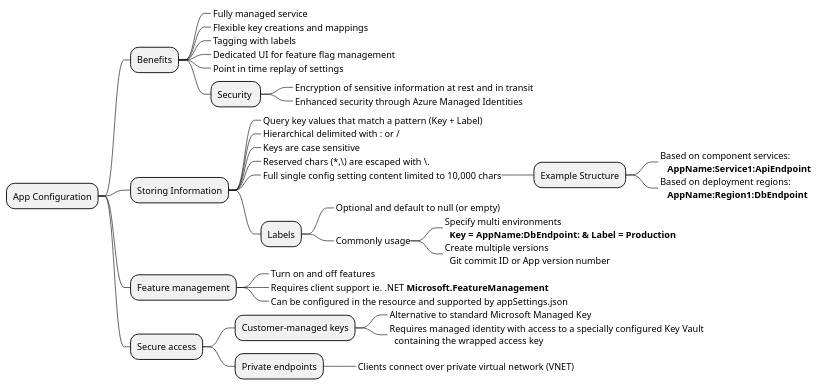
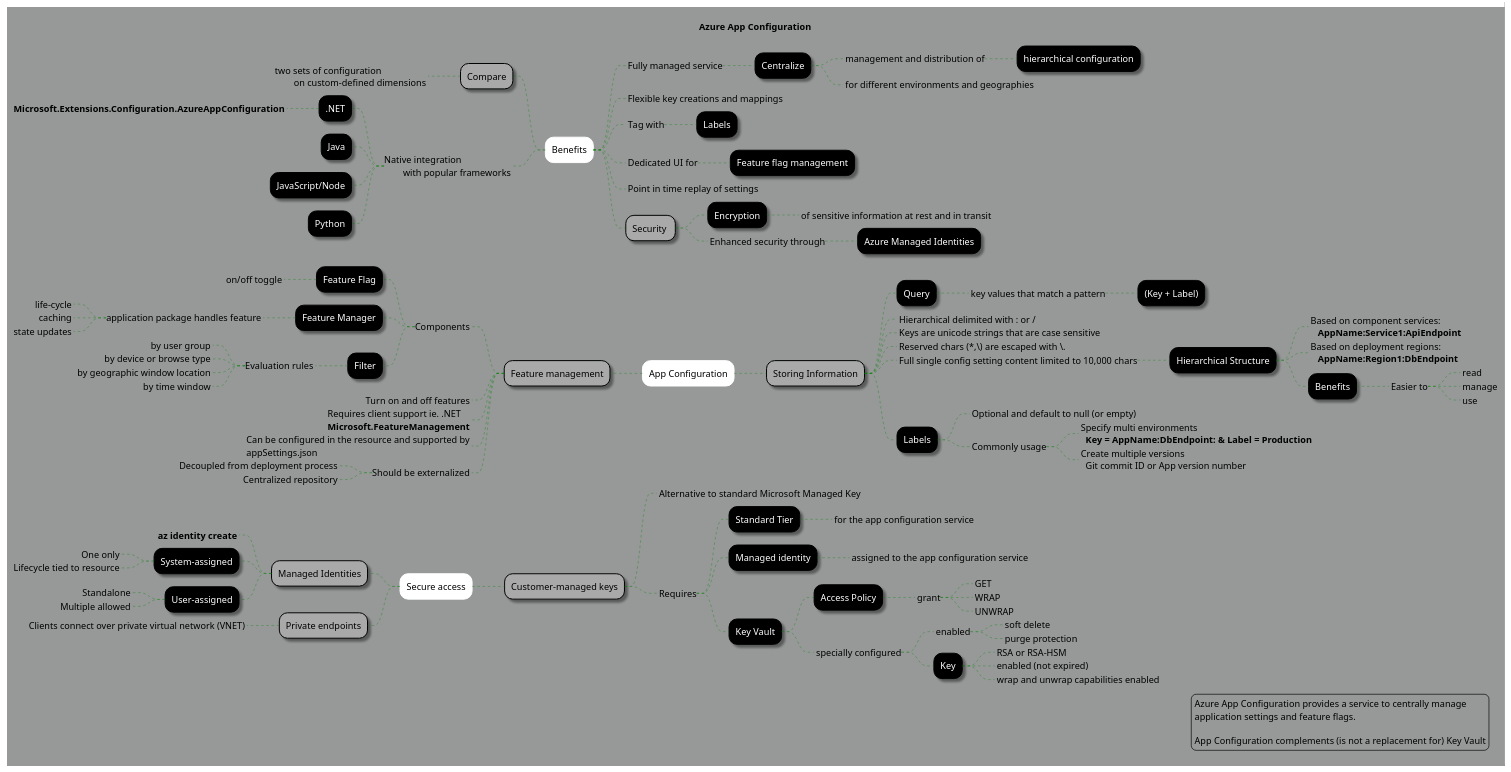
One commit to bobbyache/AZ-204 changed the diagram in 05 - secure-solutions/diagrams/security-app-configuration.plantuml. Above: the diagram before and after it, drawn with PlantUML. The commit also changed 2 other files, not shown here.

Commit message:
Updated app configuration notes

```diff
--- a/05 - secure-solutions/diagrams/security-app-configuration.plantuml
+++ b/05 - secure-solutions/diagrams/security-app-configuration.plantuml
@@ -1,40 +1,180 @@
 @startmindmap "Azure App Configuration"
+
+title Azure App Configuration
+
+' caption .......
+' footer ...
+
+
+' List of available themes:
+' https://plantuml.com/theme
+' !theme sketchy
+'!theme carbon-gray
+'!theme cyborg
+'!theme mars
+' skinparam backgroundColor #e8edec
+
+skinparam backgroundColor #969998
+
+<style>
+    mindMapDiagram {
+        .root {
+            BackgroundColor darkblue
+            LineColor black
+            FontColor white
+        }
+
+        .blue {
+            FontColor darkblue
+        }
+
+
+        node {
+            FontColor white
+            LineColor black
+            BackgroundColor black
+            Shadowing 2.0
+            RoundCorner 25
+        }
+        :depth(0) {
+            FontColor black
+            LineColor white
+            BackgroundColor white
+            Shadowing 0.0
+        }
+        :depth(1) {
+            FontColor black
+            BackgroundColor darkgrey
+            Shadowing 2.0
+        }
+
+        arrow {
+            LineStyle 4
+            LineThickness 0.5
+            LineColor green
+        }
+
+        boxless {
+            FontColor black
+            Margin 10
+            Padding 10
+            MaximumWidth 400
+        }
+    }
+</style>
+
++ Benefits
+++_ Fully managed service
++++ Centralize
+++++_ management and distribution of
++++++ hierarchical configuration
+++++_ for different environments and geographies
+
+++_ Flexible key creations and mappings
+++_ Tag with
++++ Labels
+++_ Dedicated UI for
++++ Feature flag management
+++_ Point in time replay of settings
+++ Security 
++++ Encryption
+++++_ of sensitive information at rest and in transit
++++_ Enhanced security through
+++++ Azure Managed Identities
+-- Compare
+---_ two sets of configuration\n\ton custom-defined dimensions
+--_ Native integration\n\twith popular frameworks
+--- .NET
+----_ **Microsoft.Extensions.Configuration.AzureAppConfiguration**
+--- Java
+--- JavaScript/Node
+--- Python
+
 + App Configuration
 
-++ Benefits
-+++_ Fully managed service
-+++_ Flexible key creations and mappings
-+++_ Tagging with labels
-+++_ Dedicated UI for feature flag management
-+++_ Point in time replay of settings
-+++ Security 
-++++_ Encryption of sensitive information at rest and in transit
-++++_ Enhanced security through Azure Managed Identities
 ++ Storing Information
-+++_ Query key values that match a pattern (Key + Label)
++++ Query
+++++_ key values that match a pattern
++++++ (Key + Label)
 +++_ Hierarchical delimited with : or /
-+++_ Keys are case sensitive
++++_ Keys are unicode strings that are case sensitive
 +++_ Reserved chars (*,\) are escaped with \.
 +++_ Full single config setting content limited to 10,000 chars
-++++ Example Structure
+++++ Hierarchical Structure
 +++++_ Based on component services:\n   **AppName:Service1:ApiEndpoint**
 +++++_ Based on deployment regions:\n   **AppName:Region1:DbEndpoint**
++++++ Benefits
+++++++_ Easier to
++++++++_ read
++++++++_ manage
++++++++_ use
+
 +++ Labels
 ++++_ Optional and default to null (or empty)
 ++++_ Commonly usage
 +++++_ Specify multi environments\n  **Key = AppName:DbEndpoint: & Label = Production**
 +++++_ Create multiple versions\n  Git commit ID or App version number
 
-++ Feature management
-+++_ Turn on and off features
-+++_ Requires client support ie. .NET **Microsoft.FeatureManagement**
-+++_ Can be configured in the resource and supported by appSettings.json
+-- Feature management
+---_ Components
+---- Feature Flag
+-----_ on/off toggle
+---- Feature Manager
+-----_ application package handles feature
+------_ life-cycle
+------_ caching
+------_ state updates
+---- Filter
+-----_ Evaluation rules
+------_ by user group
+------_ by device or browse type
+------_ by geographic window location
+------_ by time window
+---_ Turn on and off features
+---_ Requires client support ie. .NET **Microsoft.FeatureManagement**
+---_ Can be configured in the resource and supported by appSettings.json
+---_ Should be externalized
+----_ Decoupled from deployment process
+----_ Centralized repository
 
-++ Secure access
-+++ Customer-managed keys
-++++_ Alternative to standard Microsoft Managed Key
-++++_ Requires managed identity with access to a specially configured Key Vault\n  containing the wrapped access key
-+++ Private endpoints
-++++_ Clients connect over private virtual network (VNET)
++ Secure access
+++ Customer-managed keys
++++_ Alternative to standard Microsoft Managed Key
++++_ Requires
+++++ Standard Tier
++++++_ for the app configuration service
+++++ Managed identity
++++++_ assigned to the app configuration service
+++++ Key Vault
++++++ Access Policy
+++++++_ grant
++++++++_ GET
++++++++_ WRAP
++++++++_ UNWRAP
++++++_ specially configured
+++++++_ enabled
++++++++_ soft delete
++++++++_ purge protection
+++++++ Key
++++++++_ RSA or RSA-HSM
++++++++_ enabled (not expired)
++++++++_ wrap and unwrap capabilities enabled
+-- Managed Identities
+---_ **az identity create**
+--- System-assigned
+----_ One only
+----_ Lifecycle tied to resource
+--- User-assigned
+----_ Standalone
+----_ Multiple allowed
+-- Private endpoints
+---_ Clients connect over private virtual network (VNET)
+
+legend right
+Azure App Configuration provides a service to centrally manage
+application settings and feature flags.
+
+App Configuration complements (is not a replacement for) Key Vault
+endlegend
 
 @endmindmap
```
